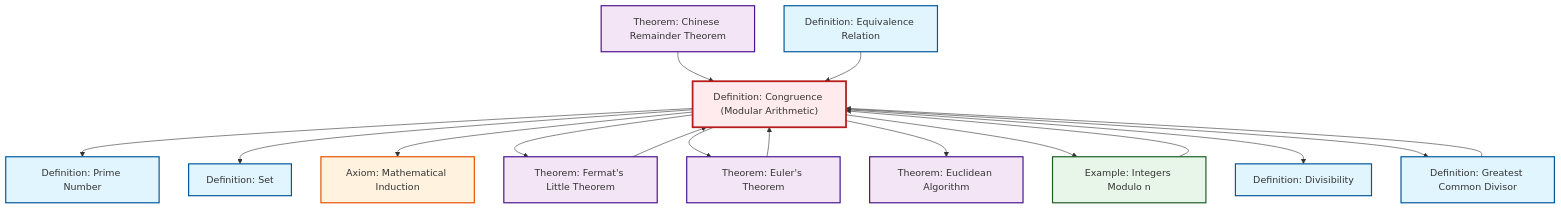
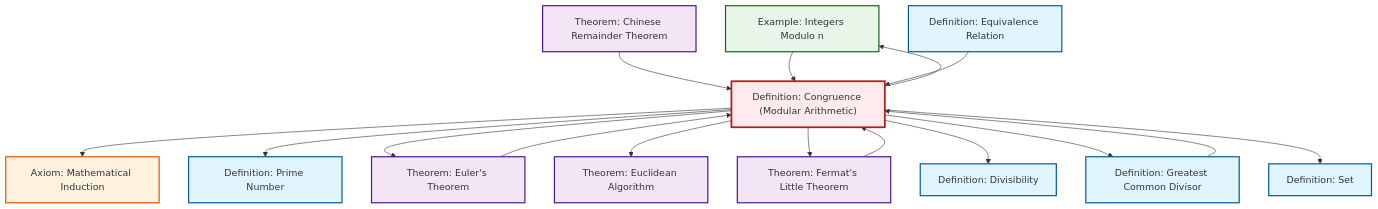
Before and after one commit to RK0429/ModernMath: the diagram in content/ja/number-theory/def-congruence.qmd, drawn with Mermaid. The commit also changed other lines of this file and 597 other files, not shown here.

````diff
--- a/content/ja/number-theory/def-congruence.qmd
+++ b/content/ja/number-theory/def-congruence.qmd
@@ -125,48 +125,48 @@
 ```{mermaid}
 %%| fig-cap: "Local dependency graph"
 graph TD
     classDef definition fill:#e1f5fe,stroke:#01579b,stroke-width:2px
     classDef theorem fill:#f3e5f5,stroke:#4a148c,stroke-width:2px
     classDef axiom fill:#fff3e0,stroke:#e65100,stroke-width:2px
     classDef example fill:#e8f5e9,stroke:#1b5e20,stroke-width:2px
     classDef current fill:#ffebee,stroke:#b71c1c,stroke-width:3px
-    def-divisibility["Definition: Divisibility"]:::definition
-    thm-euclidean-algorithm["Theorem: Euclidean Algorithm"]:::theorem
-    thm-chinese-remainder["Theorem: Chinese Remainder Theorem"]:::theorem
-    def-equivalence-relation["Definition: Equivalence Relation"]:::definition
-    def-prime["Definition: Prime Number"]:::definition
-    def-congruence["Definition: Congruence (Modular Arithmetic)"]:::definition
-    ax-induction["Axiom: Mathematical Induction"]:::axiom
+    ex-quotient-integers-mod-n["Example: Integers Modulo n"]:::example
     thm-euler["Theorem: Euler's Theorem"]:::theorem
     def-gcd["Definition: Greatest Common Divisor"]:::definition
+    def-equivalence-relation["Definition: Equivalence Relation"]:::definition
+    def-congruence["Definition: Congruence (Modular Arithmetic)"]:::definition
+    thm-fermat-little["Theorem: Fermat's Little Theorem"]:::theorem
     def-set["Definition: Set"]:::definition
-    thm-fermat-little["Theorem: Fermat's Little Theorem"]:::theorem
-    ex-quotient-integers-mod-n["Example: Integers Modulo n"]:::example
+    thm-chinese-remainder["Theorem: Chinese Remainder Theorem"]:::theorem
+    thm-euclidean-algorithm["Theorem: Euclidean Algorithm"]:::theorem
+    def-prime["Definition: Prime Number"]:::definition
+    ax-induction["Axiom: Mathematical Induction"]:::axiom
+    def-divisibility["Definition: Divisibility"]:::definition
+    def-congruence --> ax-induction
+    def-gcd --> def-congruence
     def-congruence --> def-prime
     thm-fermat-little --> def-congruence
-    def-gcd --> def-congruence
+    def-congruence --> thm-euler
+    thm-chinese-remainder --> def-congruence
+    def-congruence --> ex-quotient-integers-mod-n
+    ex-quotient-integers-mod-n --> def-congruence
+    def-congruence --> thm-euclidean-algorithm
+    thm-euler --> def-congruence
+    def-congruence --> thm-fermat-little
+    def-congruence --> def-divisibility
+    def-equivalence-relation --> def-congruence
+    def-congruence --> def-gcd
     def-congruence --> def-set
-    def-congruence --> ax-induction
-    thm-chinese-remainder --> def-congruence
-    def-congruence --> thm-fermat-little
-    def-congruence --> thm-euler
-    def-equivalence-relation --> def-congruence
-    def-congruence --> thm-euclidean-algorithm
-    ex-quotient-integers-mod-n --> def-congruence
-    thm-euler --> def-congruence
-    def-congruence --> ex-quotient-integers-mod-n
-    def-congruence --> def-divisibility
-    def-congruence --> def-gcd
     class def-congruence current
-    click def-divisibility "def-divisibility.html" "Definition: Divisibilityへ"
+    click ex-quotient-integers-mod-n "ex-quotient-integers-mod-n.html" "Example: Integers Modulo nへ"
+    click thm-euler "thm-euler.html" "Theorem: Euler's Theoremへ"
+    click def-gcd "def-gcd.html" "Definition: Greatest Common Divisorへ"
+    click def-equivalence-relation "def-equivalence-relation.html" "Definition: Equivalence Relationへ"
+    click thm-fermat-little "thm-fermat-little.html" "Theorem: Fermat's Little Theoremへ"
+    click def-set "def-set.html" "Definition: Setへ"
+    click thm-chinese-remainder "thm-chinese-remainder.html" "Theorem: Chinese Remainder Theoremへ"
     click thm-euclidean-algorithm "thm-euclidean-algorithm.html" "Theorem: Euclidean Algorithmへ"
-    click thm-chinese-remainder "thm-chinese-remainder.html" "Theorem: Chinese Remainder Theoremへ"
-    click def-equivalence-relation "def-equivalence-relation.html" "Definition: Equivalence Relationへ"
     click def-prime "def-prime.html" "Definition: Prime Numberへ"
     click ax-induction "ax-induction.html" "Axiom: Mathematical Inductionへ"
-    click thm-euler "thm-euler.html" "Theorem: Euler's Theoremへ"
-    click def-gcd "def-gcd.html" "Definition: Greatest Common Divisorへ"
-    click def-set "def-set.html" "Definition: Setへ"
-    click thm-fermat-little "thm-fermat-little.html" "Theorem: Fermat's Little Theoremへ"
-    click ex-quotient-integers-mod-n "ex-quotient-integers-mod-n.html" "Example: Integers Modulo nへ"
+    click def-divisibility "def-divisibility.html" "Definition: Divisibilityへ"
 ```
````
